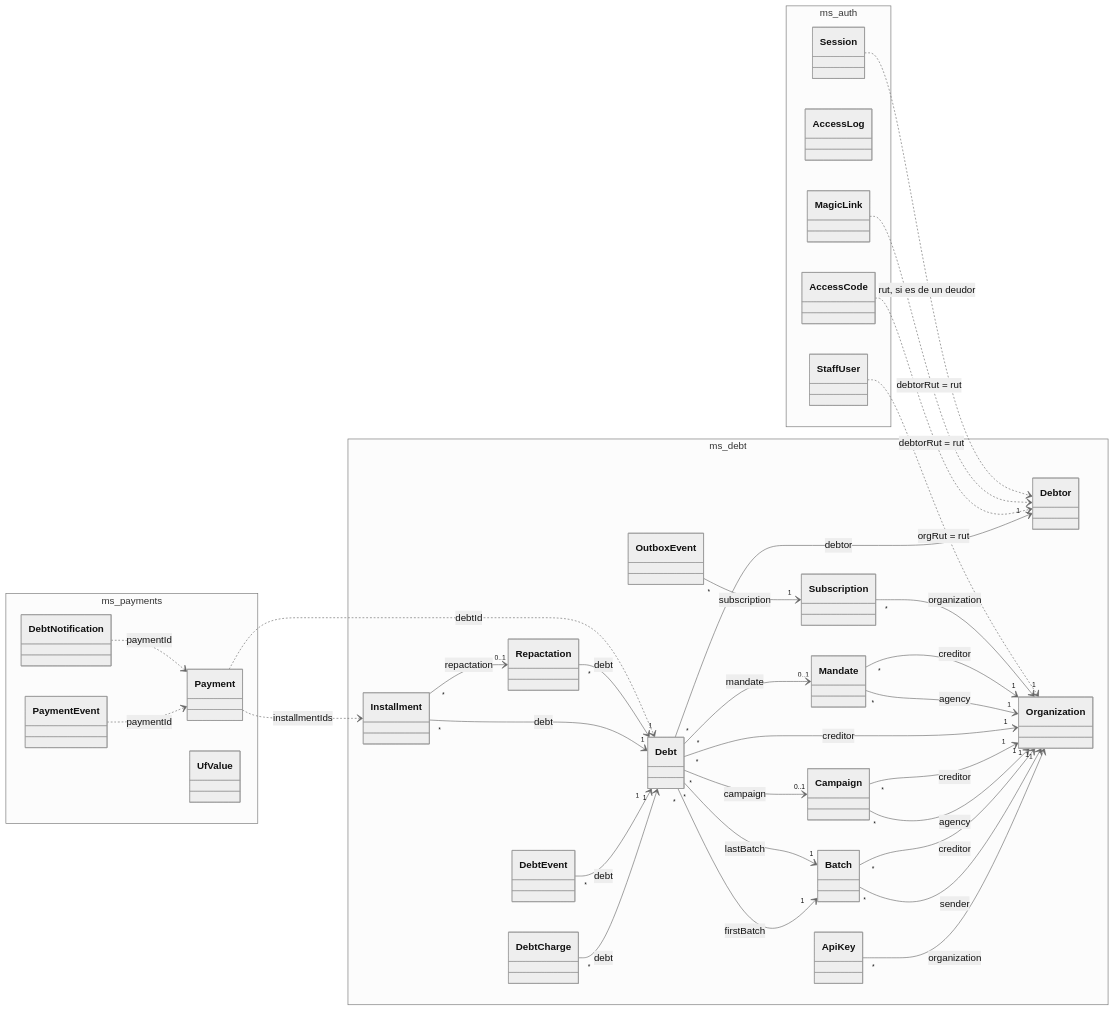
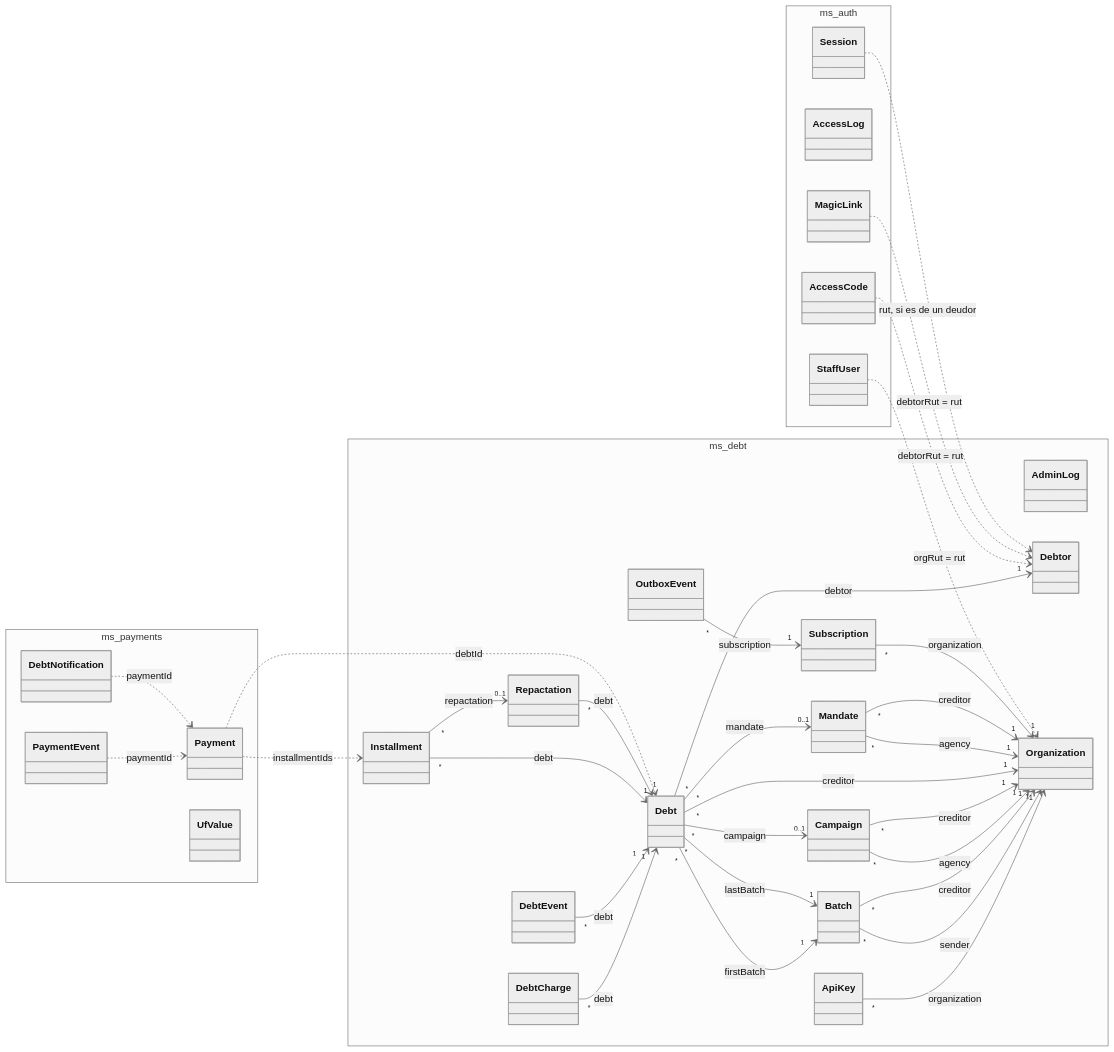
One commit to TechnicalBridge/DataBridge changed the first of 17 diagrams in docs/diagramas/clases.md. Above: the diagram before and after it, drawn with Mermaid (neutral theme). The commit also changed other lines of this file and 62 other files, not shown here.

````diff
--- a/docs/diagramas/clases.md
+++ b/docs/diagramas/clases.md
@@ -25,60 +25,62 @@
 ```mermaid
 classDiagram
     direction LR
     namespace ms_auth {
         class AccessCode
         class AccessLog
+        class AdminLog
         class MagicLink
         class Session
         class StaffUser
     }
     namespace ms_debt {
+        class AdminLog
         class ApiKey
         class Batch
         class Campaign
         class Debt
         class DebtCharge
         class DebtEvent
         class Debtor
         class Installment
         class Mandate
         class Organization
         class OutboxEvent
         class Repactation
         class Subscription
     }
     namespace ms_payments {
         class DebtNotification
         class Payment
         class PaymentEvent
         class UfValue
     }
     ApiKey "*" --> "1" Organization : organization
     Batch "*" --> "1" Organization : sender
     Batch "*" --> "1" Organization : creditor
     Campaign "*" --> "1" Organization : agency
     Campaign "*" --> "1" Organization : creditor
     Debt "*" --> "1" Organization : creditor
     Debt "*" --> "1" Debtor : debtor
     Debt "*" --> "0..1" Mandate : mandate
     Debt "*" --> "0..1" Campaign : campaign
     Debt "*" --> "1" Batch : firstBatch
     Debt "*" --> "1" Batch : lastBatch
     DebtCharge "*" --> "1" Debt : debt
     DebtEvent "*" --> "1" Debt : debt
     Installment "*" --> "1" Debt : debt
     Installment "*" --> "0..1" Repactation : repactation
     Mandate "*" --> "1" Organization : agency
     Mandate "*" --> "1" Organization : creditor
     OutboxEvent "*" --> "1" Subscription : subscription
     Repactation "*" --> "1" Debt : debt
     Subscription "*" --> "1" Organization : organization
     StaffUser ..> Organization : orgRut = rut
     AccessCode ..> Debtor : debtorRut = rut
     MagicLink ..> Debtor : debtorRut = rut
     Session ..> Debtor : rut, si es de un deudor
     Payment ..> Debt : debtId
     Payment ..> Installment : installmentIds
     PaymentEvent ..> Payment : paymentId
     DebtNotification ..> Payment : paymentId
 ```
````
